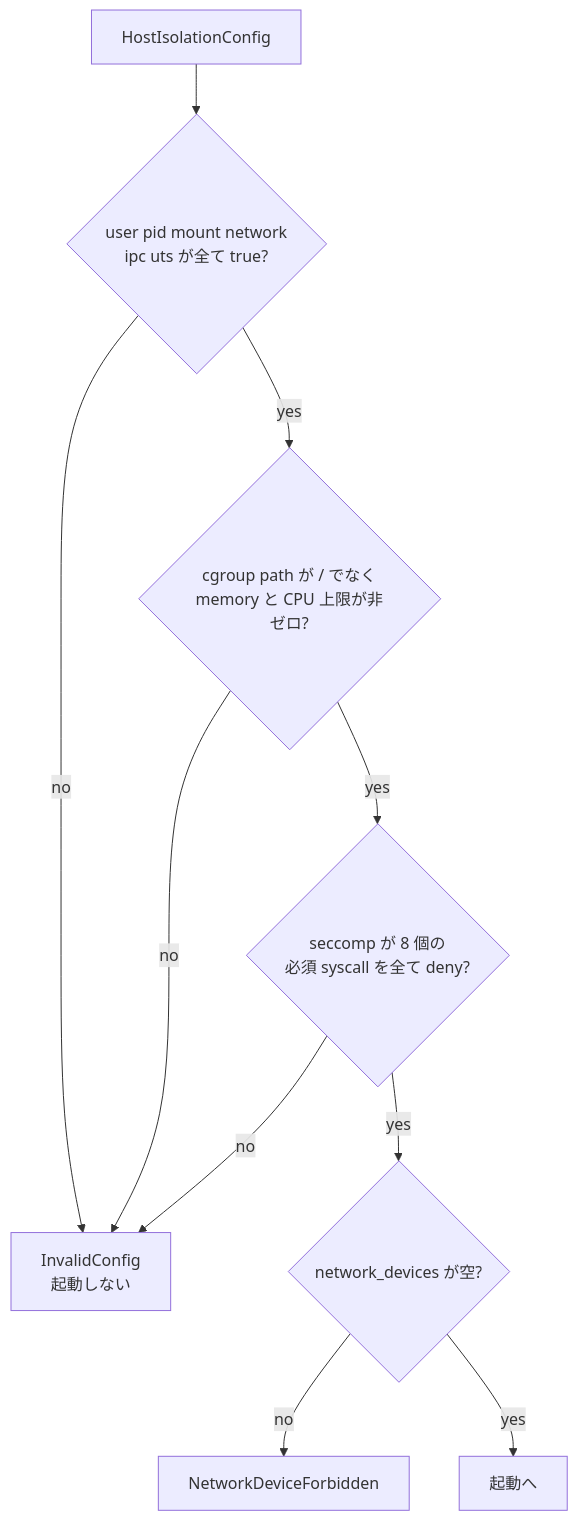
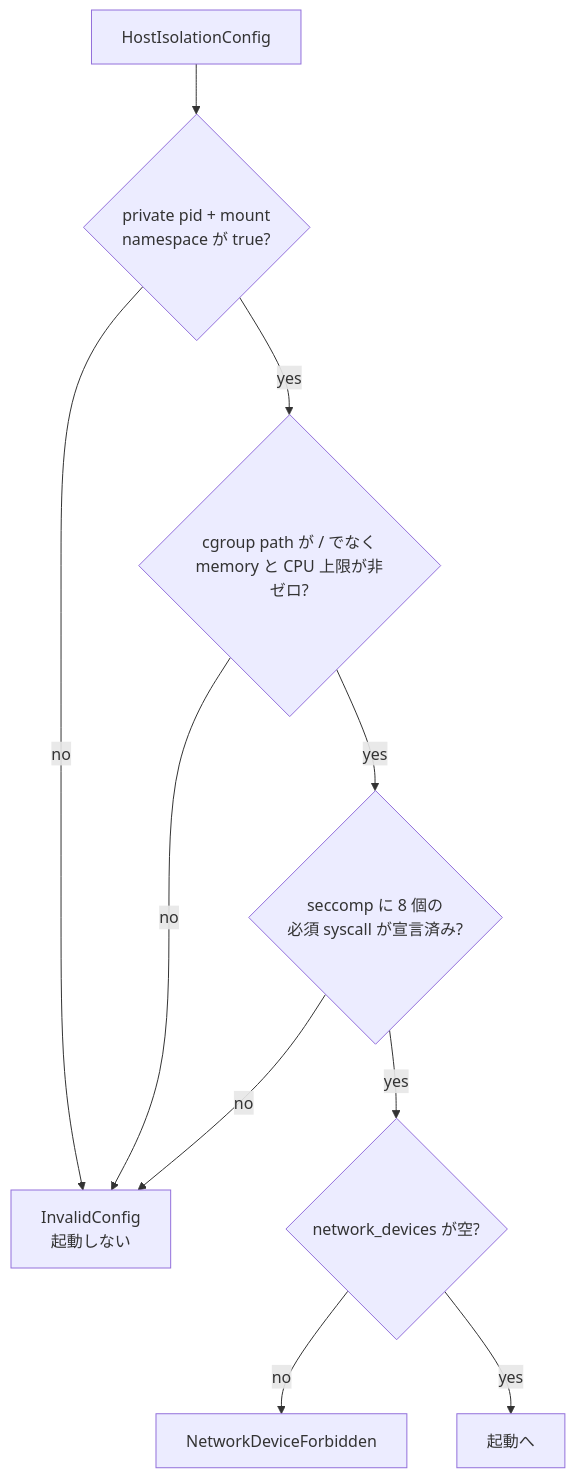
One commit to Aqua-218/SecCamp-AIAgent changed the diagram in docs/firecracker-runtime/host-isolation.md. Above: the diagram before and after it, drawn with Mermaid. The commit also changed other lines of this file, not shown here.

First line of the commit message:
docs(firecracker-runtime): correct the namespace claim and the escape wording

````diff
--- a/docs/firecracker-runtime/host-isolation.md
+++ b/docs/firecracker-runtime/host-isolation.md
@@ -17,12 +17,12 @@
 ```mermaid
 flowchart TB
-    cfg["HostIsolationConfig"] --> ns{"user pid mount network<br/>ipc uts が全て true?"}
+    cfg["HostIsolationConfig"] --> ns{"private pid + mount<br/>namespace が true?"}
     ns -->|no| deny["InvalidConfig<br/>起動しない"]
     ns -->|yes| cg{"cgroup path が / でなく<br/>memory と CPU 上限が非ゼロ?"}
     cg -->|no| deny
-    cg -->|yes| sec{"seccomp が 8 個の<br/>必須 syscall を全て deny?"}
+    cg -->|yes| sec{"seccomp に 8 個の<br/>必須 syscall が宣言済み?"}
     sec -->|no| deny
     sec -->|yes| net{"network_devices が空?"}
     net -->|no| forbidden["NetworkDeviceForbidden"]
     net -->|yes| ok["起動へ"]
 ```
````
